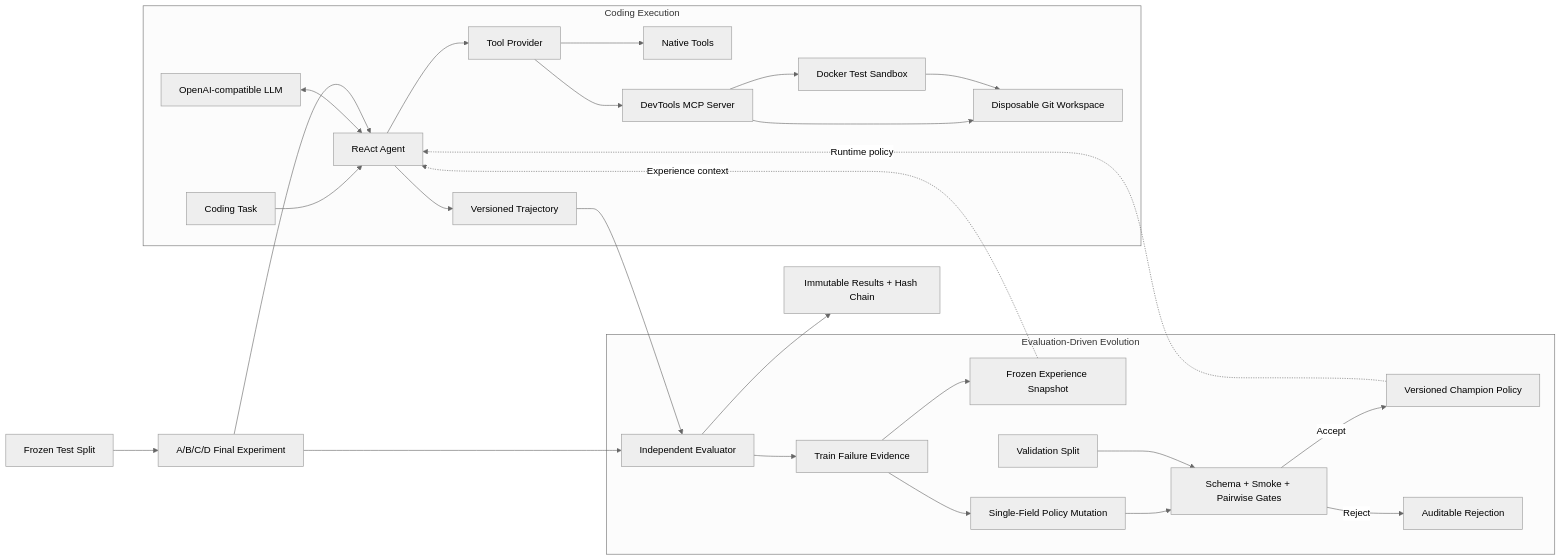
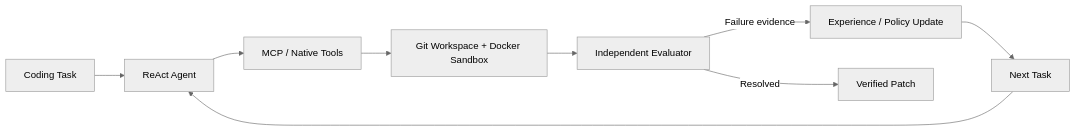
Before and after one commit to foolishsanjiu/self-evolving_coding_agent: the diagram in README.md, drawn with Mermaid (neutral theme). The commit also changed other lines of this file and 2 other files, not shown here.

````diff
--- a/README.md
+++ b/README.md
@@ -37,32 +53,11 @@
 ```mermaid
 flowchart LR
-    subgraph Execution["Coding Execution"]
-        Task["Coding Task"] --> Agent["ReAct Agent"]
-        LLM["OpenAI-compatible LLM"] <--> Agent
-        Agent --> Provider["Tool Provider"]
-        Provider --> Native["Native Tools"]
-        Provider --> MCP["DevTools MCP Server"]
-        MCP --> Workspace["Disposable Git Workspace"]
-        MCP --> Sandbox["Docker Test Sandbox"]
-        Sandbox --> Workspace
-        Agent --> Trace["Versioned Trajectory"]
-    end
-
-    subgraph Research["Evaluation-Driven Evolution"]
-        Trace --> Evaluator["Independent Evaluator"]
-        Evaluator --> Evidence["Train Failure Evidence"]
-        Evidence --> Experience["Frozen Experience Snapshot"]
-        Evidence --> Proposal["Single-Field Policy Mutation"]
-        Proposal --> Gates["Schema + Smoke + Pairwise Gates"]
-        Validation["Validation Split"] --> Gates
-        Gates -->|Accept| Champion["Versioned Champion Policy"]
-        Gates -->|Reject| Archive["Auditable Rejection"]
-    end
-
-    Experience -.->|Experience context| Agent
-    Champion -.->|Runtime policy| Agent
-    Test["Frozen Test Split"] --> Final["A/B/C/D Final Experiment"]
-    Final --> Agent
-    Final --> Evaluator
-    Evaluator --> Results["Immutable Results + Hash Chain"]
+    Task["Coding Task"] --> Agent["ReAct Agent"]
+    Agent --> Tools["MCP / Native Tools"]
+    Tools --> Runtime["Git Workspace + Docker Sandbox"]
+    Runtime --> Eval["Independent Evaluator"]
+    Eval -->|Failure evidence| Improve["Experience / Policy Update"]
+    Improve --> Next["Next Task"]
+    Next --> Agent
+    Eval -->|Resolved| Result["Verified Patch"]
 ```
````
